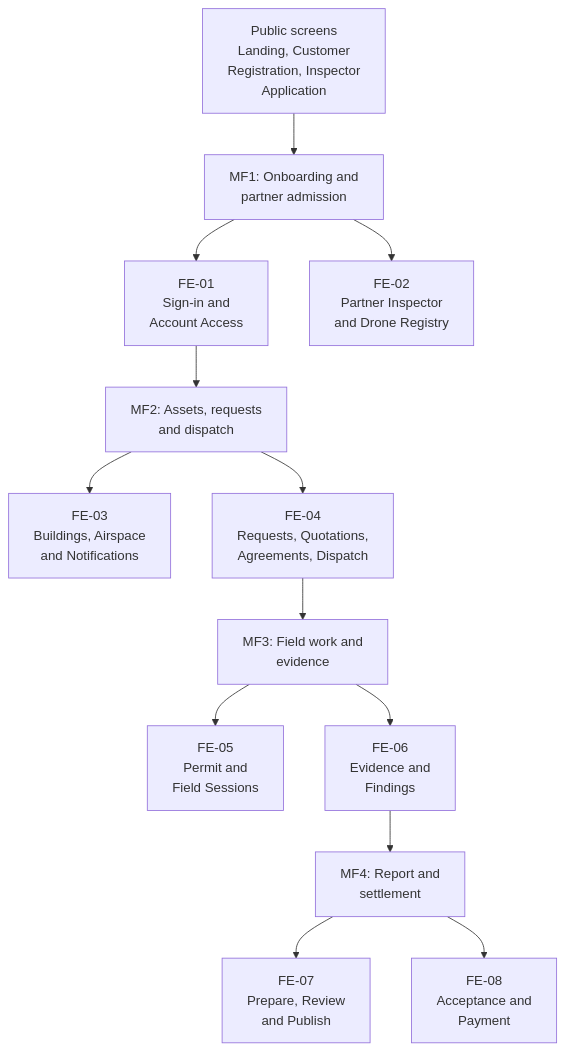
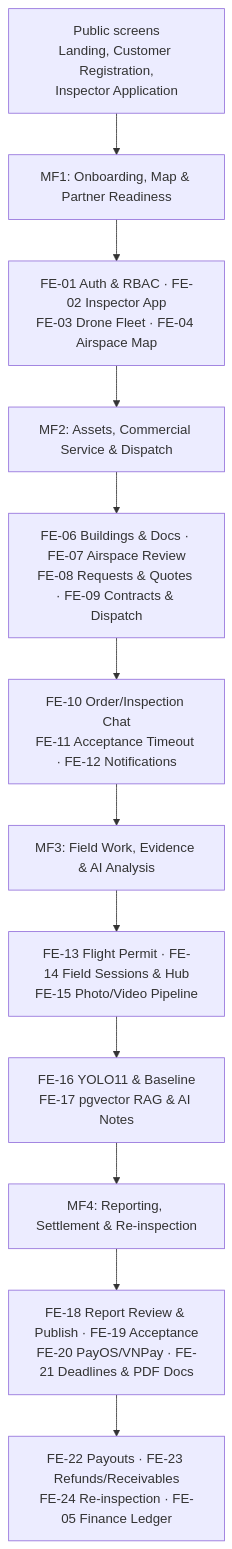
One commit to tungbach12/SmartDroneInspection-Docs changed the first of 2 diagrams in reports/report-3-software-requirement-specification/03-functional-requirements.md. Above: the diagram before and after it, drawn with Mermaid. The commit also changed other lines of this file and 139 other files, not shown here.

Commit message:
docs(reports,diagrams): split 24-feature reports and reorganize type-specific draw.io diagrams

````diff
--- a/reports/report-3-software-requirement-specification/03-functional-requirements.md
+++ b/reports/report-3-software-requirement-specification/03-functional-requirements.md
@@ -18,34 +18,25 @@
 ```mermaid
 %% title: Business Screens Flow Diagram
 flowchart TD
-  PUB["Public screens<br/>Landing, Customer<br/>Registration, Inspector<br/>Application"]
+  PUB["Public screens<br/>Landing, Customer Registration,<br/>Inspector Application"]
 
-  MF1["MF1: Onboarding and<br/>partner admission"]
-  FE01["FE-01<br/>Sign-in and<br/>Account Access"]
-  FE02["FE-02<br/>Partner Inspector<br/>and Drone Registry"]
+  MF1["MF1: Onboarding, Map & Partner Readiness"]
+  FE01_04["FE-01 Auth & RBAC · FE-02 Inspector App<br/>FE-03 Drone Fleet · FE-04 Airspace Map"]
 
-  MF2["MF2: Assets, requests<br/>and dispatch"]
-  FE03["FE-03<br/>Buildings, Airspace<br/>and Notifications"]
-  FE04["FE-04<br/>Requests, Quotations,<br/>Agreements, Dispatch"]
+  MF2["MF2: Assets, Commercial Service & Dispatch"]
+  FE06_09["FE-06 Buildings & Docs · FE-07 Airspace Review<br/>FE-08 Requests & Quotes · FE-09 Contracts & Dispatch"]
+  FE10_12["FE-10 Order/Inspection Chat<br/>FE-11 Acceptance Timeout · FE-12 Notifications"]
 
-  MF3["MF3: Field work and<br/>evidence"]
-  FE05["FE-05<br/>Permit and<br/>Field Sessions"]
-  FE06["FE-06<br/>Evidence and<br/>Findings"]
+  MF3["MF3: Field Work, Evidence & AI Analysis"]
+  FE13_15["FE-13 Flight Permit · FE-14 Field Sessions & Hub<br/>FE-15 Photo/Video Pipeline"]
+  FE16_17["FE-16 YOLO11 & Baseline<br/>FE-17 pgvector RAG & AI Notes"]
 
-  MF4["MF4: Report and<br/>settlement"]
-  FE07["FE-07<br/>Prepare, Review<br/>and Publish"]
-  FE08["FE-08<br/>Acceptance and<br/>Payment"]
+  MF4["MF4: Reporting, Settlement & Re-inspection"]
+  FE18_21["FE-18 Report Review & Publish · FE-19 Acceptance<br/>FE-20 PayOS/VNPay · FE-21 Deadlines & PDF Docs"]
+  FE22_24["FE-22 Payouts · FE-23 Refunds/Receivables<br/>FE-24 Re-inspection · FE-05 Finance Ledger"]
 
-  PUB --> MF1
-  MF1 --> FE01
-  MF1 --> FE02
-  FE01 --> MF2
-  MF2 --> FE03
-  MF2 --> FE04
-  FE04 --> MF3
-  MF3 --> FE05
-  MF3 --> FE06
-  FE06 --> MF4
-  MF4 --> FE07
-  MF4 --> FE08
+  PUB --> MF1 --> FE01_04 --> MF2
+  MF2 --> FE06_09 --> FE10_12 --> MF3
+  MF3 --> FE13_15 --> FE16_17 --> MF4
+  MF4 --> FE18_21 --> FE22_24
 ```
````
